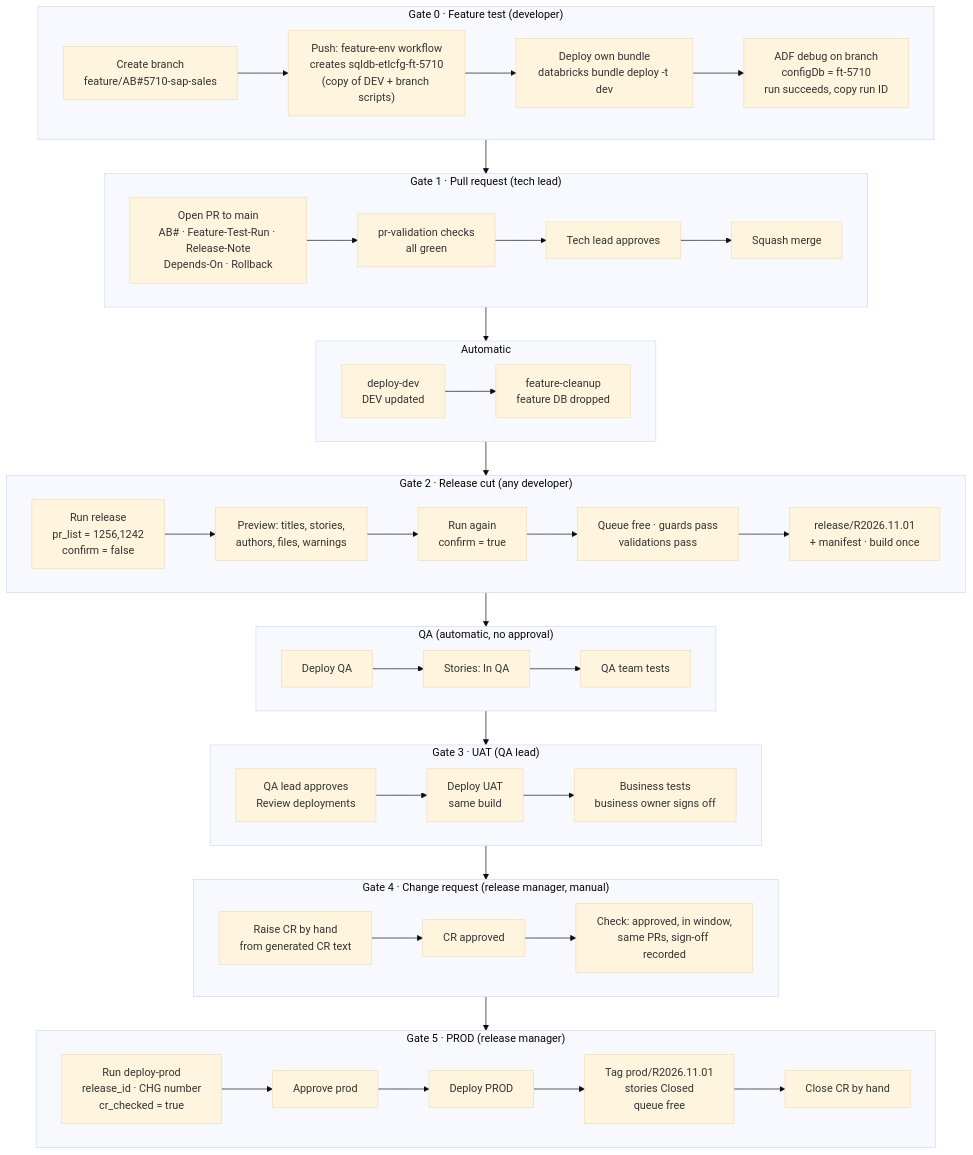
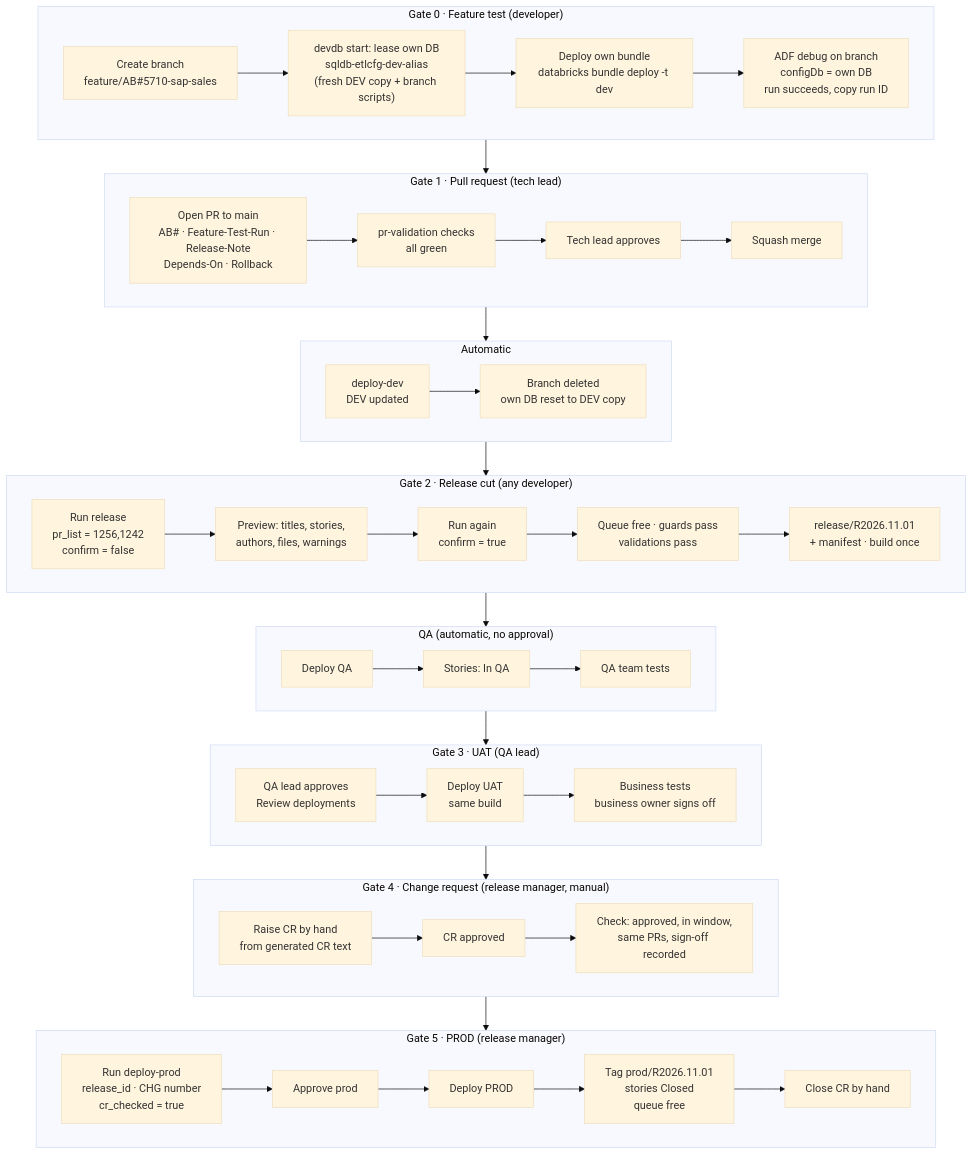
The first of 4 diagrams in docs/RELEASE-PROCESS.md (vamshi455/enterprisedevops), drawn with Mermaid (base theme) before and after one commit. The commit also changed other lines of this file and 6 other files, not shown here.

First line of the commit message:
Per-developer config DB (D-28) and mandatory branch deletion (D-29); HANDOFF v1.7

````diff
--- a/docs/RELEASE-PROCESS.md
+++ b/docs/RELEASE-PROCESS.md
@@ -50,42 +50,42 @@
 ```mermaid
 flowchart TB
   subgraph F["Gate 0 · Feature test (developer)"]
     direction LR
-    F1["Create branch<br/>feature/AB#5710-sap-sales"] --> F2["Push: feature-env workflow<br/>creates sqldb-etlcfg-ft-5710<br/>(copy of DEV + branch scripts)"]
+    F1["Create branch<br/>feature/AB#5710-sap-sales"] --> F2["devdb start: lease own DB<br/>sqldb-etlcfg-dev-alias<br/>(fresh DEV copy + branch scripts)"]
     F2 --> F3["Deploy own bundle<br/>databricks bundle deploy -t dev"]
-    F3 --> F4["ADF debug on branch<br/>configDb = ft-5710<br/>run succeeds, copy run ID"]
+    F3 --> F4["ADF debug on branch<br/>configDb = own DB<br/>run succeeds, copy run ID"]
   end
   subgraph P["Gate 1 · Pull request (tech lead)"]
     direction LR
     P1["Open PR to main<br/>AB# · Feature-Test-Run · Release-Note<br/>Depends-On · Rollback"] --> P2["pr-validation checks<br/>all green"]
     P2 --> P3["Tech lead approves"] --> P4["Squash merge"]
   end
   subgraph D["Automatic"]
     direction LR
-    D1["deploy-dev<br/>DEV updated"] --> D2["feature-cleanup<br/>feature DB dropped"]
+    D1["deploy-dev<br/>DEV updated"] --> D2["Branch deleted<br/>own DB reset to DEV copy"]
   end
   subgraph C["Gate 2 · Release cut (any developer)"]
     direction LR
     C1["Run release<br/>pr_list = 1256,1242<br/>confirm = false"] --> C2["Preview: titles, stories,<br/>authors, files, warnings"]
     C2 --> C3["Run again<br/>confirm = true"] --> C4["Queue free · guards pass<br/>validations pass"]
     C4 --> C5["release/R2026.11.01<br/>+ manifest · build once"]
   end
   subgraph Q["QA (automatic, no approval)"]
     direction LR
     Q1["Deploy QA"] --> Q2["Stories: In QA"] --> Q3["QA team tests"]
   end
   subgraph U["Gate 3 · UAT (QA lead)"]
     direction LR
     U1["QA lead approves<br/>Review deployments"] --> U2["Deploy UAT<br/>same build"] --> U3["Business tests<br/>business owner signs off"]
   end
   subgraph R["Gate 4 · Change request (release manager, manual)"]
     direction LR
     R1["Raise CR by hand<br/>from generated CR text"] --> R2["CR approved"] --> R3["Check: approved, in window,<br/>same PRs, sign-off recorded"]
   end
   subgraph PR["Gate 5 · PROD (release manager)"]
     direction LR
     X1["Run deploy-prod<br/>release_id · CHG number<br/>cr_checked = true"] --> X2["Approve prod"] --> X3["Deploy PROD"]
     X3 --> X4["Tag prod/R2026.11.01<br/>stories Closed<br/>queue free"] --> X5["Close CR by hand"]
   end
   F --> P --> D --> C --> Q --> U --> R --> PR
 ```
````
